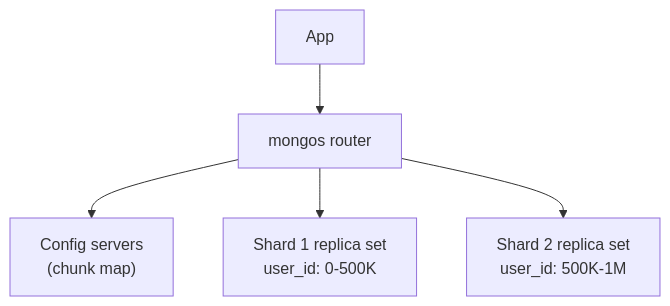
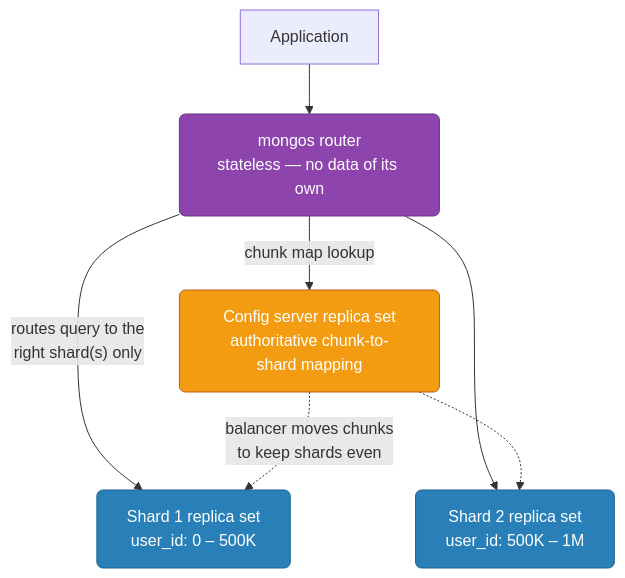
One commit to deepanshu-rawat6/DevOpsIndex changed the sixth of 6 diagrams in databases/mongodb-internals.md. Above: the diagram before and after it, drawn with Mermaid. The commit also changed other lines of this file and 7 other files, not shown here.

````diff
--- a/databases/mongodb-internals.md
+++ b/databases/mongodb-internals.md
@@ -197,7 +427,13 @@
 ```mermaid
 graph TD
-    APP["App"] --> MONGOS["mongos router"]
-    MONGOS --> CFG["Config servers<br>(chunk map)"]
-    MONGOS --> S1["Shard 1 replica set<br>user_id: 0-500K"]
-    MONGOS --> S2["Shard 2 replica set<br>user_id: 500K-1M"]
+    classDef router fill:#8e44ad,stroke:#6c3483,color:#fff,rx:6
+    classDef cfg fill:#f39c12,stroke:#ba6018,color:#fff,rx:6
+    classDef shard fill:#2980b9,stroke:#1f618d,color:#fff,rx:6
+
+    APP["Application"] --> MONGOS["mongos router<br/>stateless — no data of its own"]:::router
+    MONGOS -->|"chunk map lookup"| CFG["Config server replica set<br/>authoritative chunk-to-shard mapping"]:::cfg
+    MONGOS -->|"routes query to the<br/>right shard(s) only"| S1["Shard 1 replica set<br/>user_id: 0 – 500K"]:::shard
+    MONGOS --> S2["Shard 2 replica set<br/>user_id: 500K – 1M"]:::shard
+    CFG -.->|"balancer moves chunks<br/>to keep shards even"| S1
+    CFG -.-> S2
 ```
````
